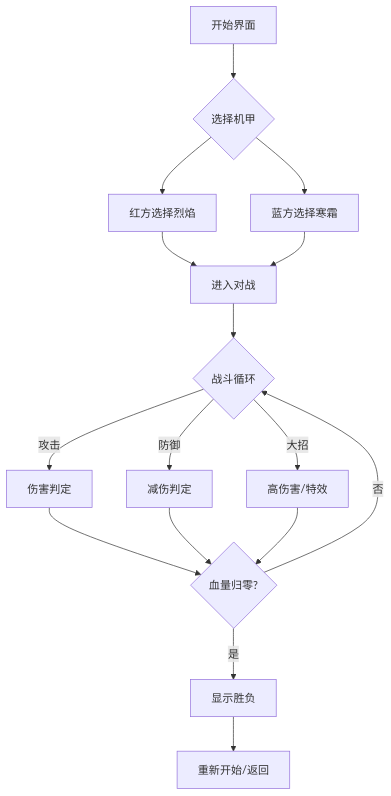
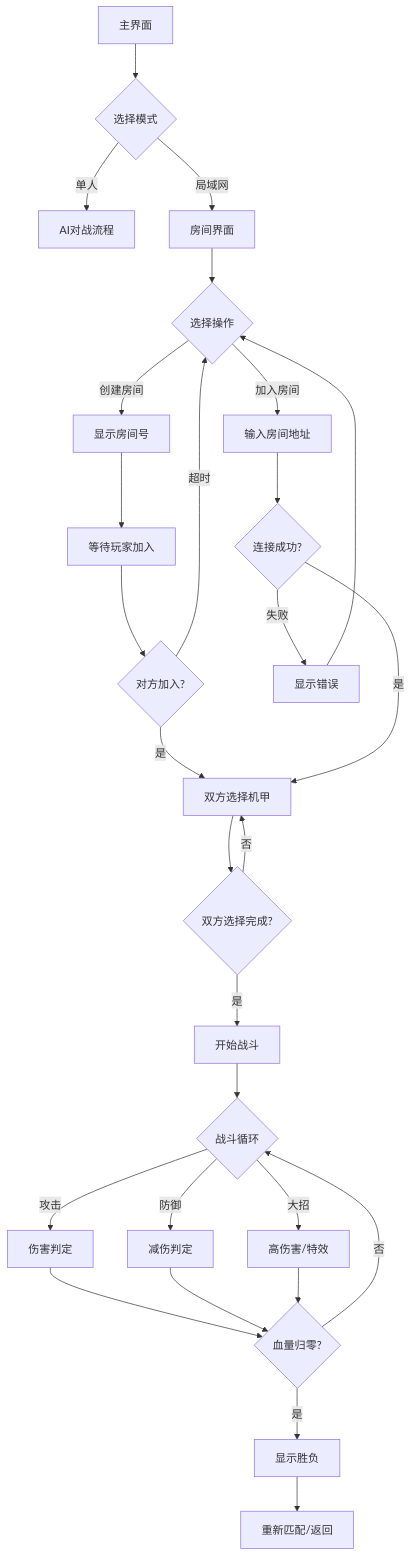
The diagram in .trae/documents/PRD-pixel-mecha-battle.md (West-Building/MyGame), drawn with Mermaid before and after one commit. The commit also changed other lines of this file and 3 other files, not shown here.

````diff
--- a/.trae/documents/PRD-pixel-mecha-battle.md
+++ b/.trae/documents/PRD-pixel-mecha-battle.md
@@ -53,18 +75,34 @@
 ```mermaid
 graph TD
-    A[开始界面] --> B{选择机甲}
-    B --> C[红方选择烈焰]
-    B --> D[蓝方选择寒霜]
-    C --> E[进入对战]
-    D --> E
-    E --> F{战斗循环}
-    F -->|攻击| G[伤害判定]
-    F -->|防御| H[减伤判定]
-    F -->|大招| I[高伤害/特效]
-    G --> J{血量归零?}
-    H --> J
-    I --> J
-    J -->|是| K[显示胜负]
-    J -->|否| F
-    K --> L[重新开始/返回]
+    A[主界面] --> B{选择模式}
+    B -->|单人| C[AI对战流程]
+    B -->|局域网| D[房间界面]
+    
+    D --> E{选择操作}
+    E -->|创建房间| F[显示房间号]
+    F --> G[等待玩家加入]
+    G --> H{对方加入?}
+    H -->|是| I[双方选择机甲]
+    H -->|超时| E
+    
+    E -->|加入房间| J[输入房间地址]
+    J --> K{连接成功?}
+    K -->|是| I
+    K -->|失败| L[显示错误]
+    L --> E
+    
+    I --> M{双方选择完成?}
+    M -->|否| I
+    M -->|是| N[开始战斗]
+    
+    N --> O{战斗循环}
+    O -->|攻击| P[伤害判定]
+    O -->|防御| Q[减伤判定]
+    O -->|大招| R[高伤害/特效]
+    P --> S{血量归零?}
+    Q --> S
+    R --> S
+    S -->|否| O
+    S -->|是| T[显示胜负]
+    T --> U[重新匹配/返回]
 ```
````
